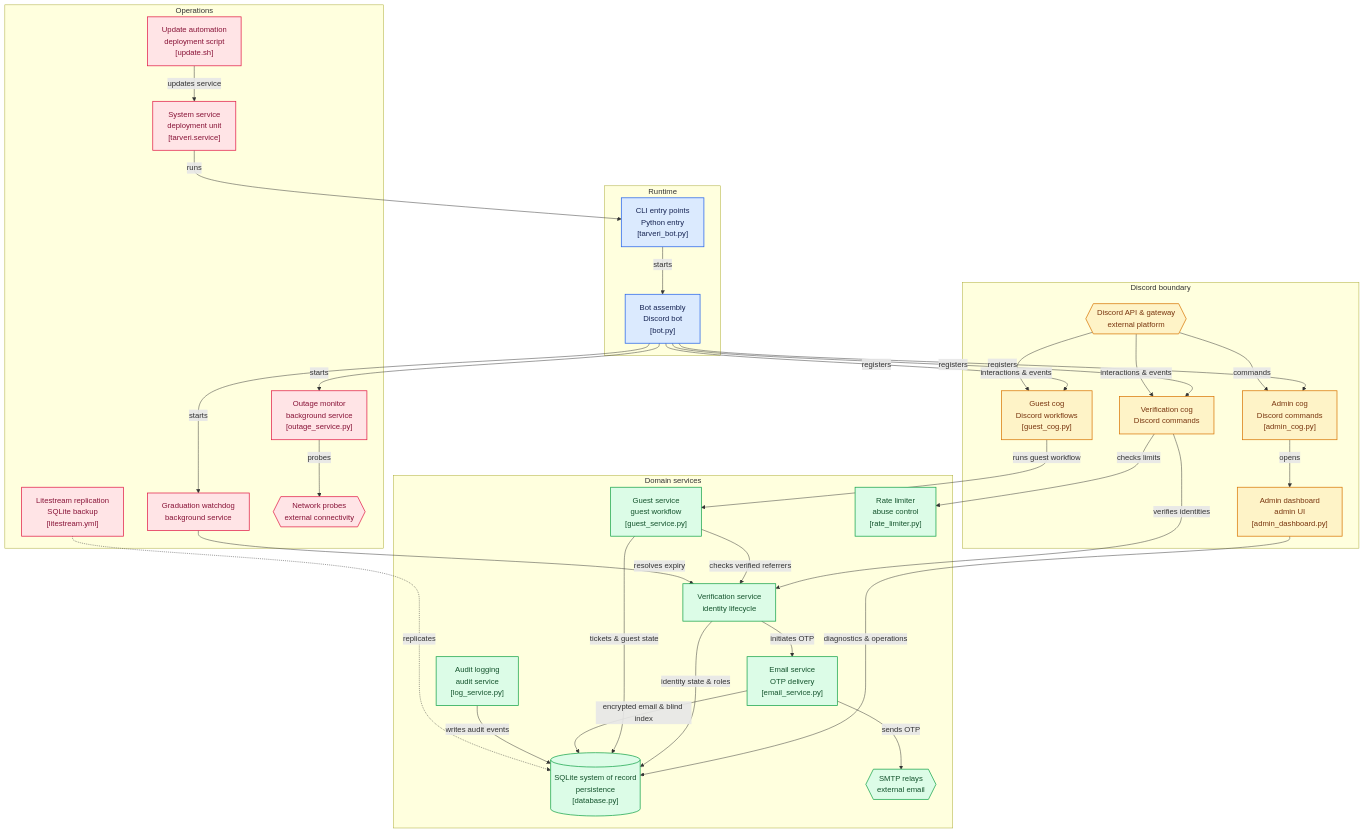
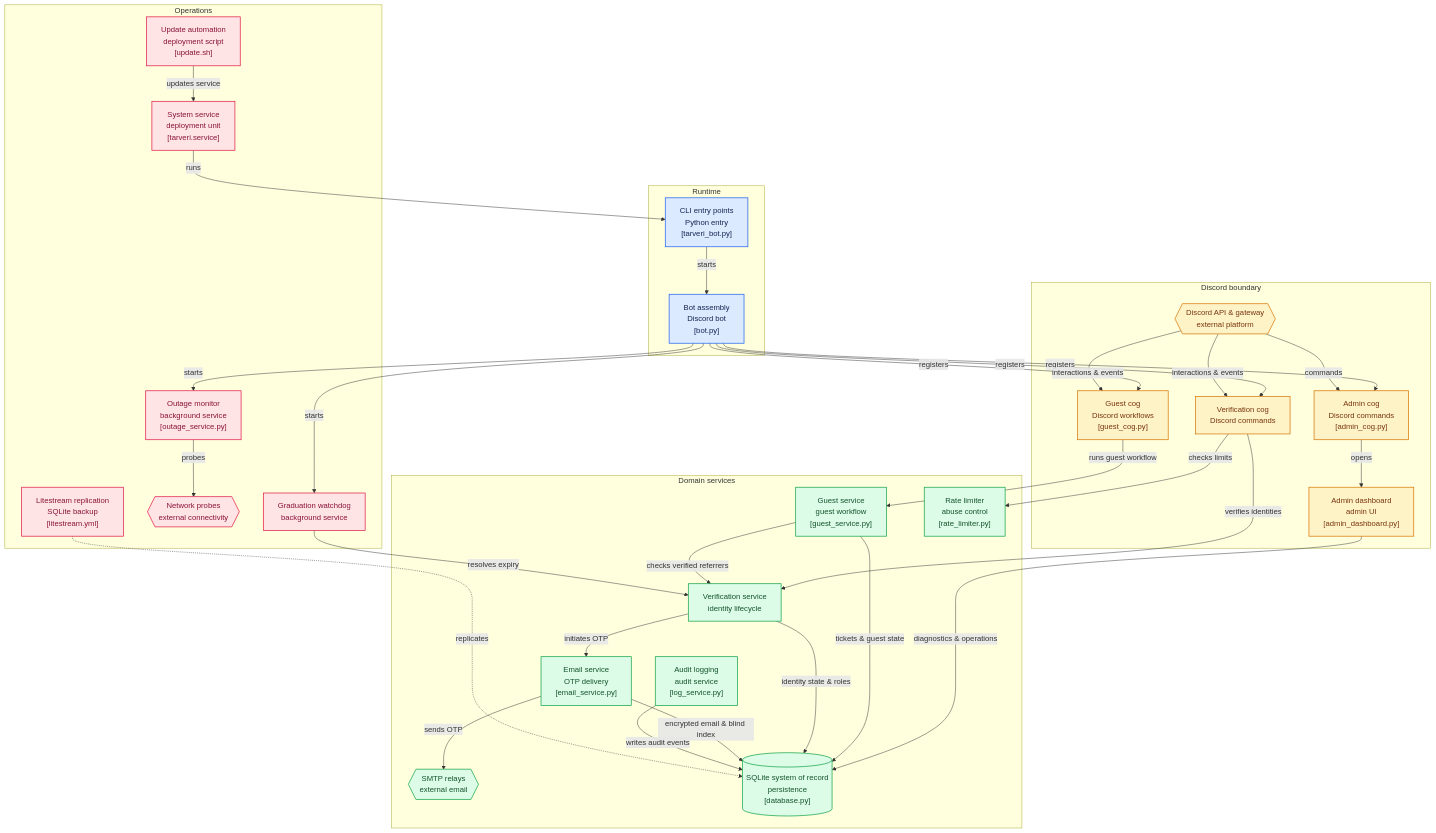
Before and after one commit to Dellrall/Student-verifier: the diagram in README.md, drawn with Mermaid.

Commit message:
docs: adjust Mermaid layout ordering for clean balanced rendering

```diff
--- a/README.md
+++ b/README.md
@@ -22,57 +22,65 @@
 
 subgraph group_discord["Discord boundary"]
   node_discord_api{{"Discord API & gateway<br/>external platform"}}
+  node_guest_cog["Guest cog<br/>Discord workflows<br/>[guest_cog.py]"]
   node_verification_cog["Verification cog<br/>Discord commands"]
-  node_guest_cog["Guest cog<br/>Discord workflows<br/>[guest_cog.py]"]
   node_admin_cog["Admin cog<br/>Discord commands<br/>[admin_cog.py]"]
   node_admin_dashboard["Admin dashboard<br/>admin UI<br/>[admin_dashboard.py]"]
-end
-
-subgraph group_domain["Domain services"]
-  node_verification_service["Verification service<br/>identity lifecycle"]
-  node_email_service["Email service<br/>OTP delivery<br/>[email_service.py]"]
-  node_guest_service["Guest service<br/>guest workflow<br/>[guest_service.py]"]
-  node_rate_limiter["Rate limiter<br/>abuse control<br/>[rate_limiter.py]"]
-  node_database[("SQLite system of record<br/>persistence<br/>[database.py]")]
-  node_log_service["Audit logging<br/>audit service<br/>[log_service.py]"]
-  node_smtp{{"SMTP relays<br/>external email"}}
 end
 
 subgraph group_operations["Operations"]
   node_watchdog["Graduation watchdog<br/>background service"]
   node_outage["Outage monitor<br/>background service<br/>[outage_service.py]"]
+  node_network{{"Network probes<br/>external connectivity"}}
   node_litestream["Litestream replication<br/>SQLite backup<br/>[litestream.yml]"]
+  node_updater["Update automation<br/>deployment script<br/>[update.sh]"]
   node_systemd["System service<br/>deployment unit<br/>[tarveri.service]"]
-  node_updater["Update automation<br/>deployment script<br/>[update.sh]"]
-  node_network{{"Network probes<br/>external connectivity"}}
+end
+
+subgraph group_domain["Domain services"]
+  node_guest_service["Guest service<br/>guest workflow<br/>[guest_service.py]"]
+  node_rate_limiter["Rate limiter<br/>abuse control<br/>[rate_limiter.py]"]
+  node_verification_service["Verification service<br/>identity lifecycle"]
+  node_email_service["Email service<br/>OTP delivery<br/>[email_service.py]"]
+  node_log_service["Audit logging<br/>audit service<br/>[log_service.py]"]
+  node_smtp{{"SMTP relays<br/>external email"}}
+  node_database[("SQLite system of record<br/>persistence<br/>[database.py]")]
 end
 
 node_entry -->|"starts"| node_bot
-node_systemd -->|"runs"| node_entry
+
+node_bot -->|"registers"| node_guest_cog
 node_bot -->|"registers"| node_verification_cog
-node_bot -->|"registers"| node_guest_cog
 node_bot -->|"registers"| node_admin_cog
 node_bot -->|"starts"| node_watchdog
 node_bot -->|"starts"| node_outage
+
+node_discord_api -->|"interactions & events"| node_guest_cog
 node_discord_api -->|"interactions & events"| node_verification_cog
-node_discord_api -->|"interactions & events"| node_guest_cog
 node_discord_api -->|"commands"| node_admin_cog
+node_admin_cog -->|"opens"| node_admin_dashboard
+
+node_guest_cog -->|"runs guest workflow"| node_guest_service
+node_verification_cog -->|"checks limits"| node_rate_limiter
 node_verification_cog -->|"verifies identities"| node_verification_service
-node_verification_cog -->|"checks limits"| node_rate_limiter
-node_guest_cog -->|"runs guest workflow"| node_guest_service
-node_admin_cog -->|"opens"| node_admin_dashboard
 node_admin_dashboard -->|"diagnostics & operations"| node_database
+
+node_outage -->|"probes"| node_network
+node_updater -->|"updates service"| node_systemd
+node_systemd -->|"runs"| node_entry
+
+node_guest_service -->|"checks verified referrers"| node_verification_service
+node_guest_service -->|"tickets & guest state"| node_database
+node_watchdog -->|"resolves expiry"| node_verification_service
+
 node_verification_service -->|"initiates OTP"| node_email_service
 node_verification_service -->|"identity state & roles"| node_database
-node_guest_service -->|"checks verified referrers"| node_verification_service
-node_guest_service -->|"tickets & guest state"| node_database
+
+node_email_service -->|"sends OTP"| node_smtp
 node_email_service -->|"encrypted email & blind index"| node_database
-node_email_service -->|"sends OTP"| node_smtp
+
 node_log_service -->|"writes audit events"| node_database
-node_watchdog -->|"resolves expiry"| node_verification_service
-node_outage -->|"probes"| node_network
 node_litestream -.->|"replicates"| node_database
-node_updater -->|"updates service"| node_systemd
 
 click node_entry "https://github.com/dellrall/student-verifier/blob/main/tarveri_bot.py"
 click node_bot "https://github.com/dellrall/student-verifier/blob/main/tarveri/bot.py"
```
